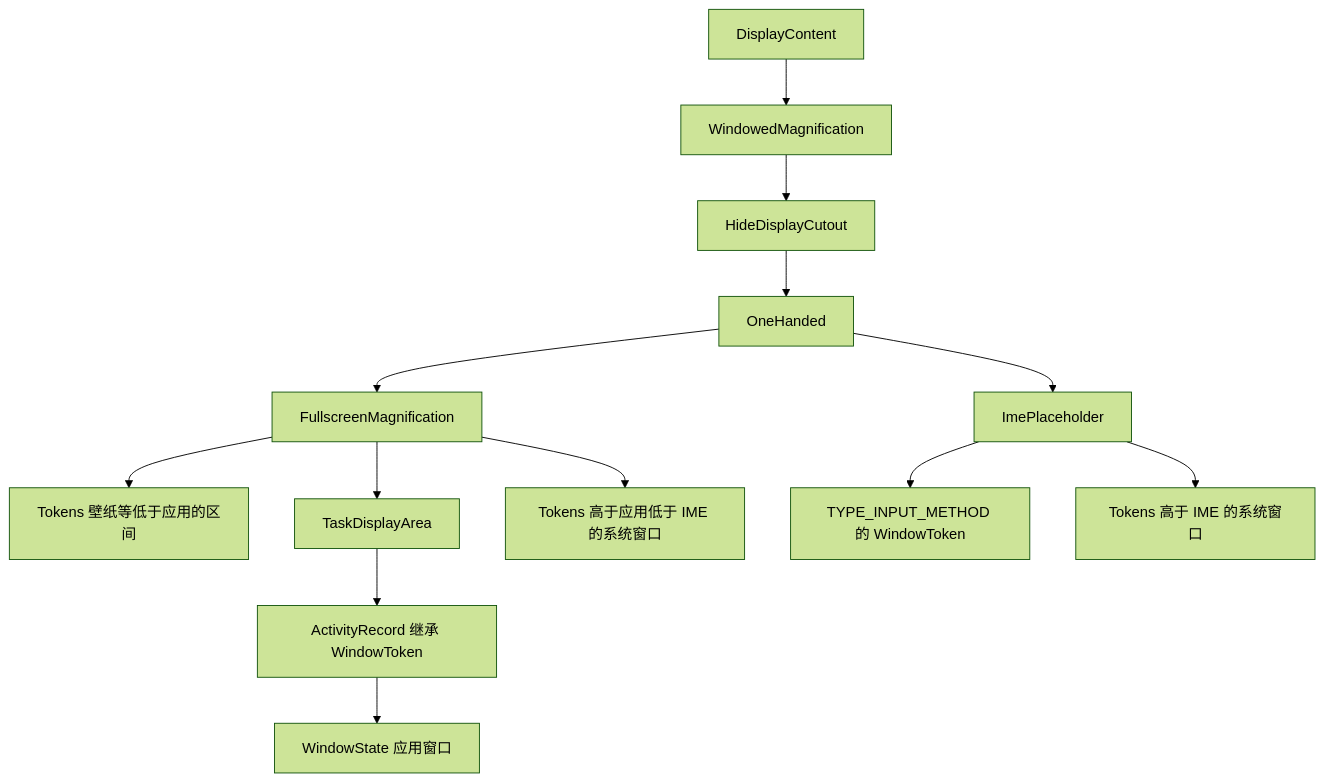
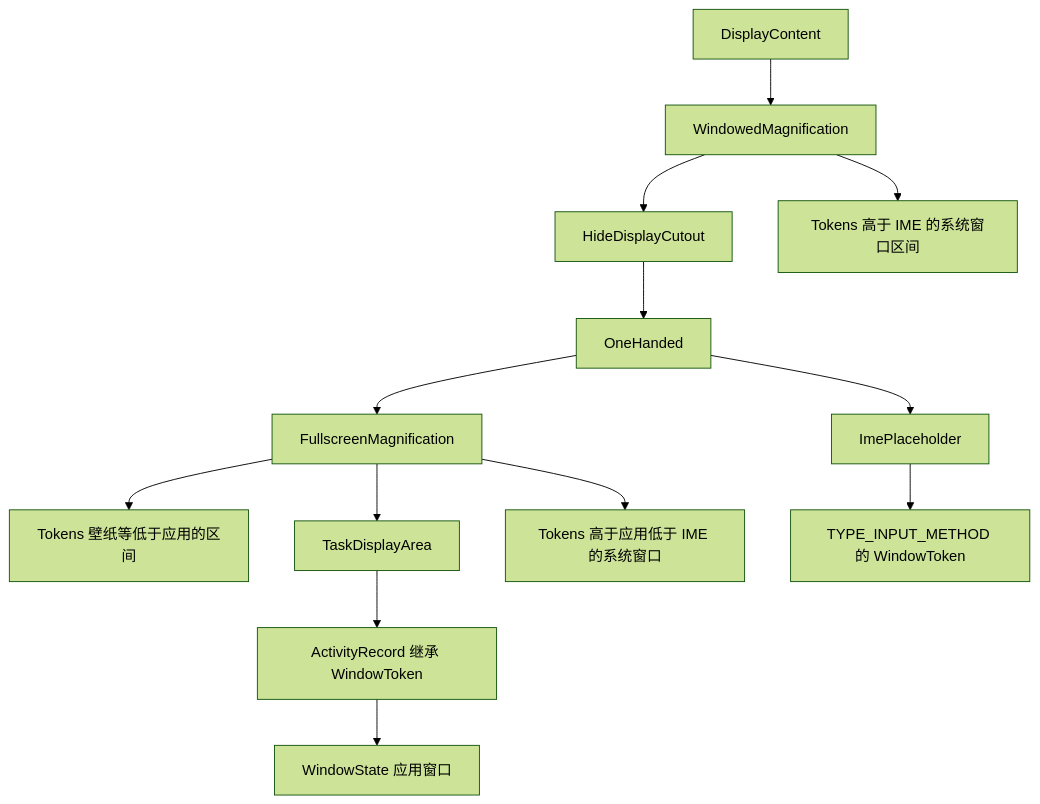
One commit to coswit/coswit.github.io changed the sixth of 6 diagrams in Android/深入理解Android卷II/10-深入理解WindowManagerService.md. Above: the diagram before and after it, drawn with Mermaid (forest theme). The commit also changed other lines of this file and 13 other files, not shown here.

````diff
--- a/Android/深入理解Android卷II/10-深入理解WindowManagerService.md
+++ b/Android/深入理解Android卷II/10-深入理解WindowManagerService.md
@@ -860,15 +862,15 @@
 ```mermaid
 flowchart TD
     DC[DisplayContent] --> WM[WindowedMagnification]
     WM --> HDC[HideDisplayCutout]
     HDC --> OH[OneHanded]
     OH --> FSM[FullscreenMagnification]
     FSM --> Leaf1[Tokens 壁纸等低于应用的区间]
     FSM --> TDA[TaskDisplayArea]
     TDA --> AR[ActivityRecord 继承 WindowToken]
     AR --> WSApp[WindowState 应用窗口]
     FSM --> Leaf2[Tokens 高于应用低于 IME 的系统窗口]
     OH --> IMEP[ImePlaceholder]
     IMEP --> IME[TYPE_INPUT_METHOD 的 WindowToken]
-    IMEP --> Leaf3[Tokens 高于 IME 的系统窗口]
+    WM --> Leaf3[Tokens 高于 IME 的系统窗口区间]
 ```
````
